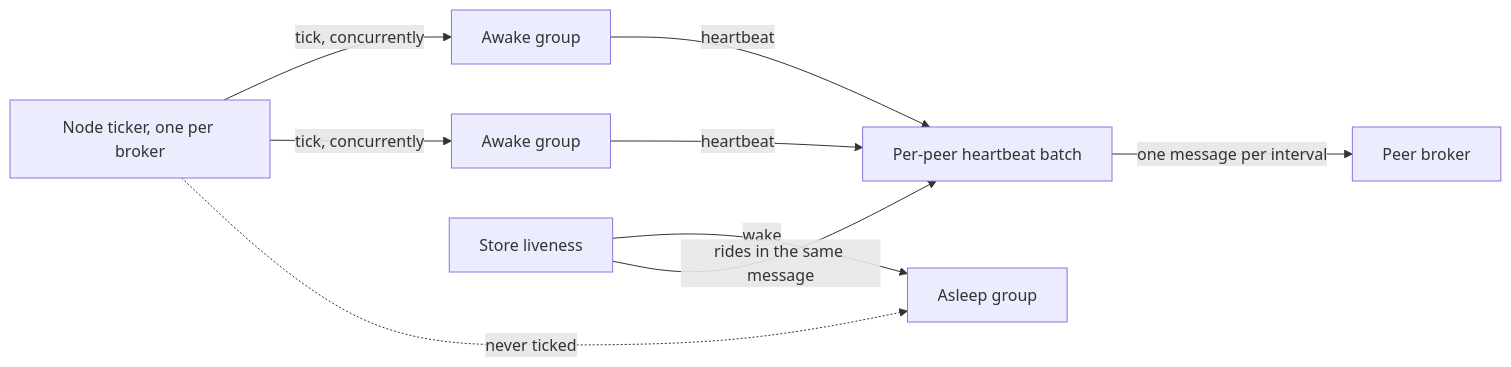
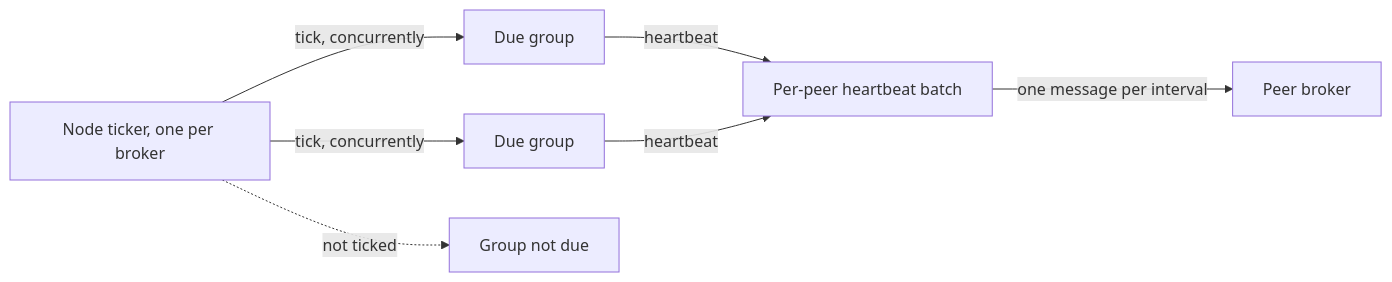
Before and after one commit to GetFelix/felix: the first of 3 diagrams in docs/per-shard-raft.md, drawn with Mermaid. The commit also changed other lines of this file and 1 other file, not shown here.

First line of the commit message:
docs(replication): apply the 0.8 scope decisions to the per-shard Raft design (#2167)

````diff
--- a/docs/per-shard-raft.md
+++ b/docs/per-shard-raft.md
@@ -471,11 +519,9 @@
 ```mermaid
 flowchart LR
-  T[Node ticker, one per broker] -->|tick, concurrently| A1[Awake group]
-  T -->|tick, concurrently| A2[Awake group]
-  T -. never ticked .-> S[Asleep group]
+  T[Node ticker, one per broker] -->|tick, concurrently| A1[Due group]
+  T -->|tick, concurrently| A2[Due group]
+  T -. not ticked .-> N[Group not due]
   A1 -->|heartbeat| C[Per-peer heartbeat batch]
   A2 -->|heartbeat| C
-  L[Store liveness] -->|wake| S
   C -->|one message per interval| P[Peer broker]
-  L -->|rides in the same message| C
 ```
````
